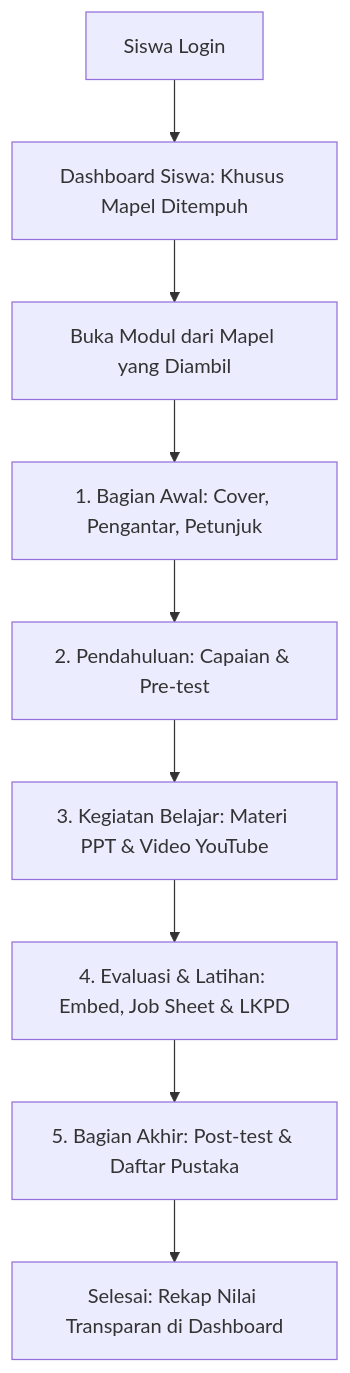
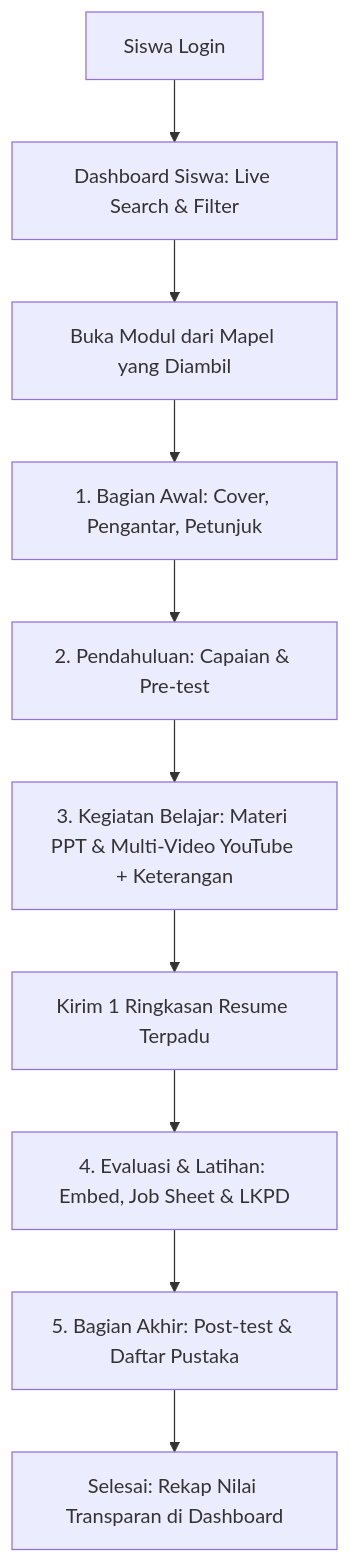
One commit to AdiLamunedo21/e-modul changed the third of 4 diagrams in prd.md. Above: the diagram before and after it, drawn with Mermaid. The commit also changed other lines of this file and 33 other files, not shown here.

Commit message:
feat: multi-video YouTube with notes and single summary, student dashboard live filter toolbar, class code generation, and PRD update

````diff
--- a/prd.md
+++ b/prd.md
@@ -216,11 +251,12 @@
 ```mermaid
 graph TD
-    A[Siswa Login] --> B[Dashboard Siswa: Khusus Mapel Ditempuh]
+    A[Siswa Login] --> B[Dashboard Siswa: Live Search & Filter]
     B --> C[Buka Modul dari Mapel yang Diambil]
     C --> D[1. Bagian Awal: Cover, Pengantar, Petunjuk]
     D --> E[2. Pendahuluan: Capaian & Pre-test]
-    E --> F[3. Kegiatan Belajar: Materi PPT & Video YouTube]
-    F --> G[4. Evaluasi & Latihan: Embed, Job Sheet & LKPD]
-    G --> H[5. Bagian Akhir: Post-test & Daftar Pustaka]
-    H --> I[Selesai: Rekap Nilai Transparan di Dashboard]
+    E --> F[3. Kegiatan Belajar: Materi PPT & Multi-Video YouTube + Keterangan]
+    F --> G[Kirim 1 Ringkasan Resume Terpadu]
+    G --> H[4. Evaluasi & Latihan: Embed, Job Sheet & LKPD]
+    H --> I[5. Bagian Akhir: Post-test & Daftar Pustaka]
+    I --> J[Selesai: Rekap Nilai Transparan di Dashboard]
 ```
````
